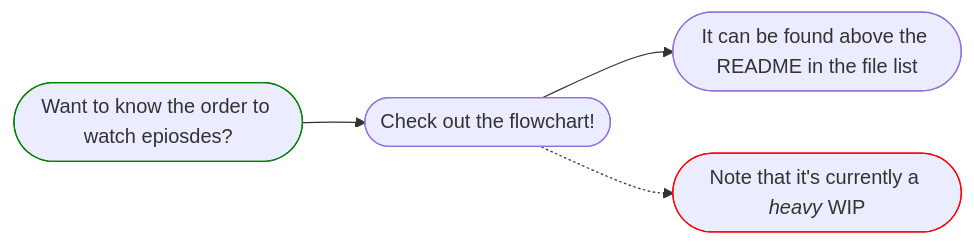
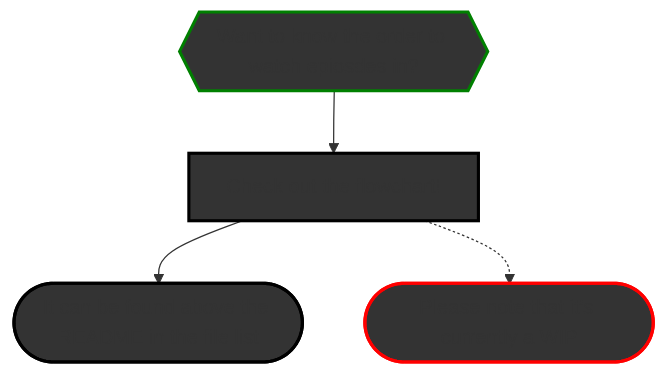
Before and after one commit to LilyLavender/ssbu-mod-workshop: the diagram in README.md, drawn with Mermaid. The commit also changed 1 other file, not shown here.

Commit message:
Flowchart part 6

````diff
--- a/README.md
+++ b/README.md
@@ -7,18 +7,23 @@
 ```mermaid
-graph LR;
-    %% Declarations
-    tt1([Want to know the order to watch epiosdes?])
-    tt2([Check out the flowchart!])
-    tt3([Note that it's currently a <em>heavy</em> WIP])
+graph TD;
+    %% Class Declarations
+    classDef default stroke-width:2.5px;
+    classDef toolTip fill: #333, stroke: black
+    classDef hlG stroke: green
+    classDef hlR stroke: red
+
+    %% Node Declarations
+    tt1{{Want to know the order to watch epiosdes in?}}
+    tt2[Check out the flowchart!]
+    tt3([Please note that it's currently a WIP])
     tt4([It can be found above the README in the file list])
 
     %% Connections
     tt1 --> tt2 --> tt4
     tt2 .-> tt3
     
-    %% Classes
-    classDef highlightG stroke: green
-    classDef highlightR stroke: red
-    class tt1 highlightG
-    class tt3 highlightR
+    %% Class Additions
+    class tt1,tt2,tt3,tt4 toolTip
+    class tt1 hlG
+    class tt3 hlR
 ```
````
